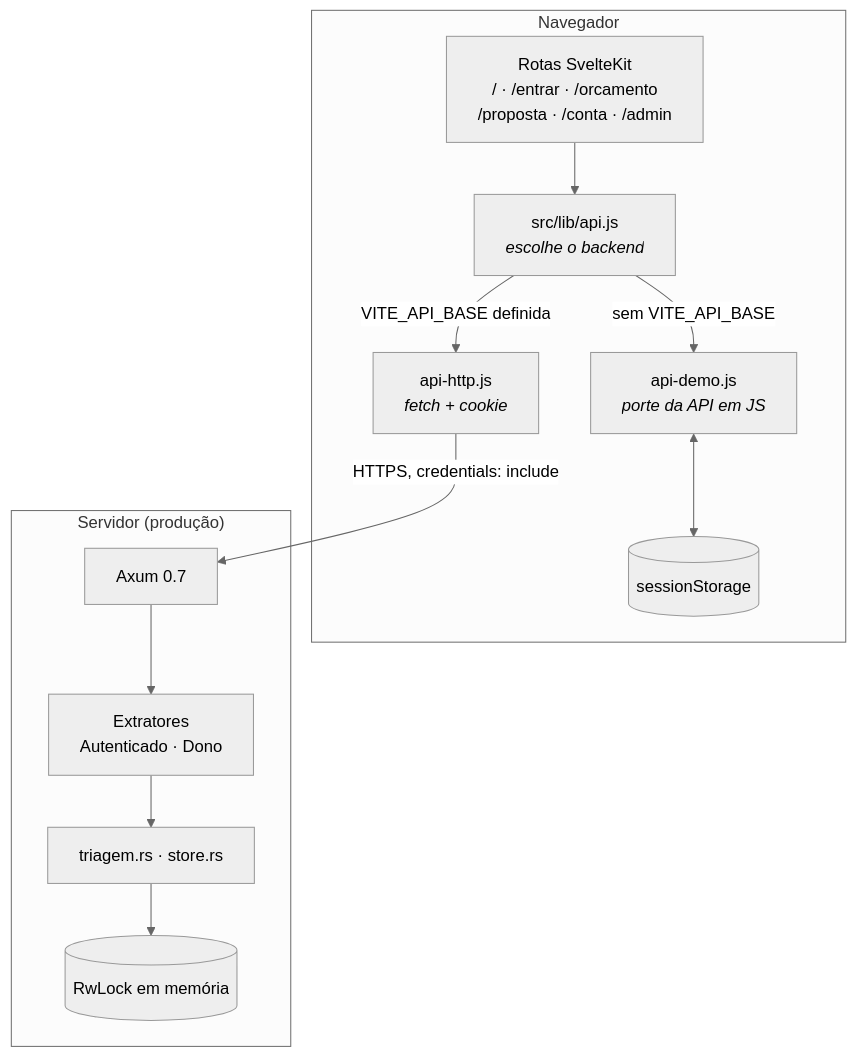
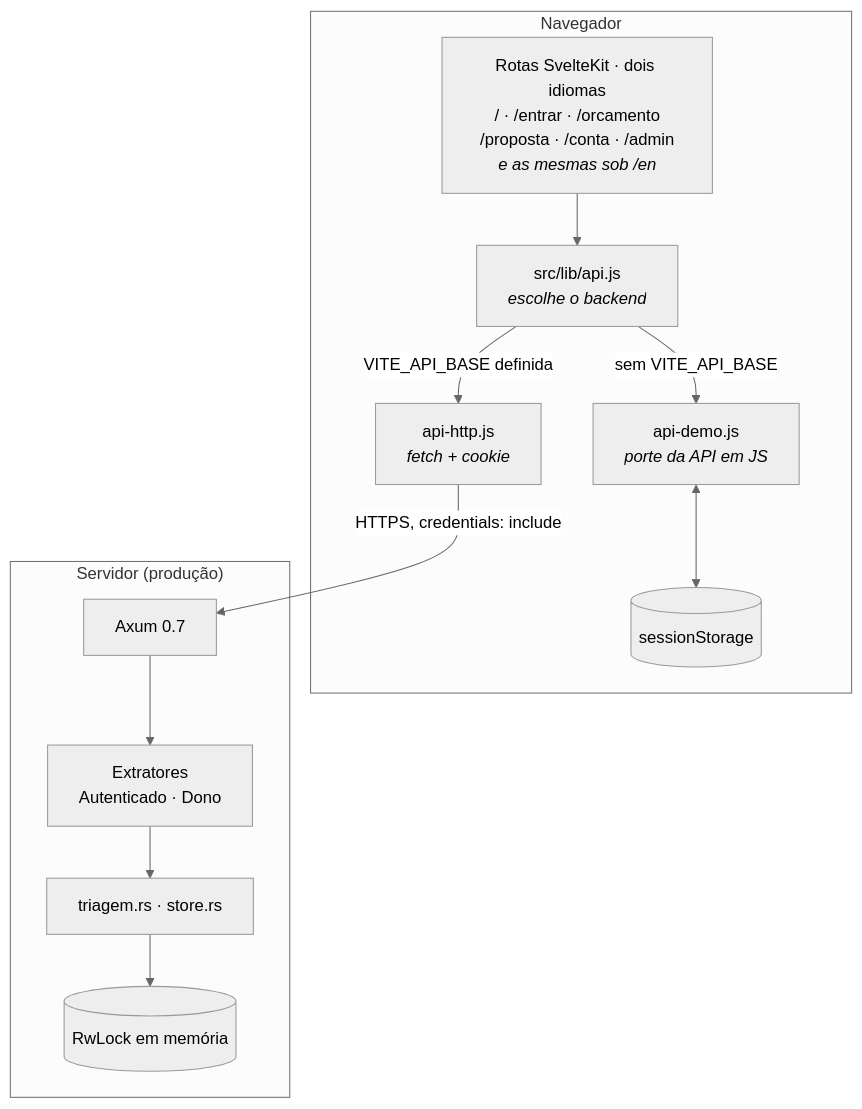
Before and after one commit to LucasGarioli/garioli.labs-website.demo: the first of 4 diagrams in README.md, drawn with Mermaid (neutral theme). The commit also changed other lines of this file and 66 other files, not shown here.

````diff
--- a/README.md
+++ b/README.md
@@ -123,24 +210,24 @@
 ```mermaid
 flowchart TB
     subgraph nav["Navegador"]
-        rotas["Rotas SvelteKit<br/>/ · /entrar · /orcamento<br/>/proposta · /conta · /admin"]
+        rotas["Rotas SvelteKit · dois idiomas<br/>/ · /entrar · /orcamento<br/>/proposta · /conta · /admin<br/><i>e as mesmas sob /en</i>"]
         disp["src/lib/api.js<br/><i>escolhe o backend</i>"]
         http["api-http.js<br/><i>fetch + cookie</i>"]
         demo["api-demo.js<br/><i>porte da API em JS</i>"]
         ss[("sessionStorage")]
     end
 
     subgraph srv["Servidor (produção)"]
         axum["Axum 0.7"]
         ext["Extratores<br/>Autenticado · Dono"]
         dom["triagem.rs · store.rs"]
         mem[("RwLock em memória")]
     end
 
     rotas --> disp
     disp -->|"VITE_API_BASE definida"| http
     disp -->|"sem VITE_API_BASE"| demo
     demo <--> ss
     http -->|"HTTPS, credentials: include"| axum
     axum --> ext --> dom --> mem
 ```
````
